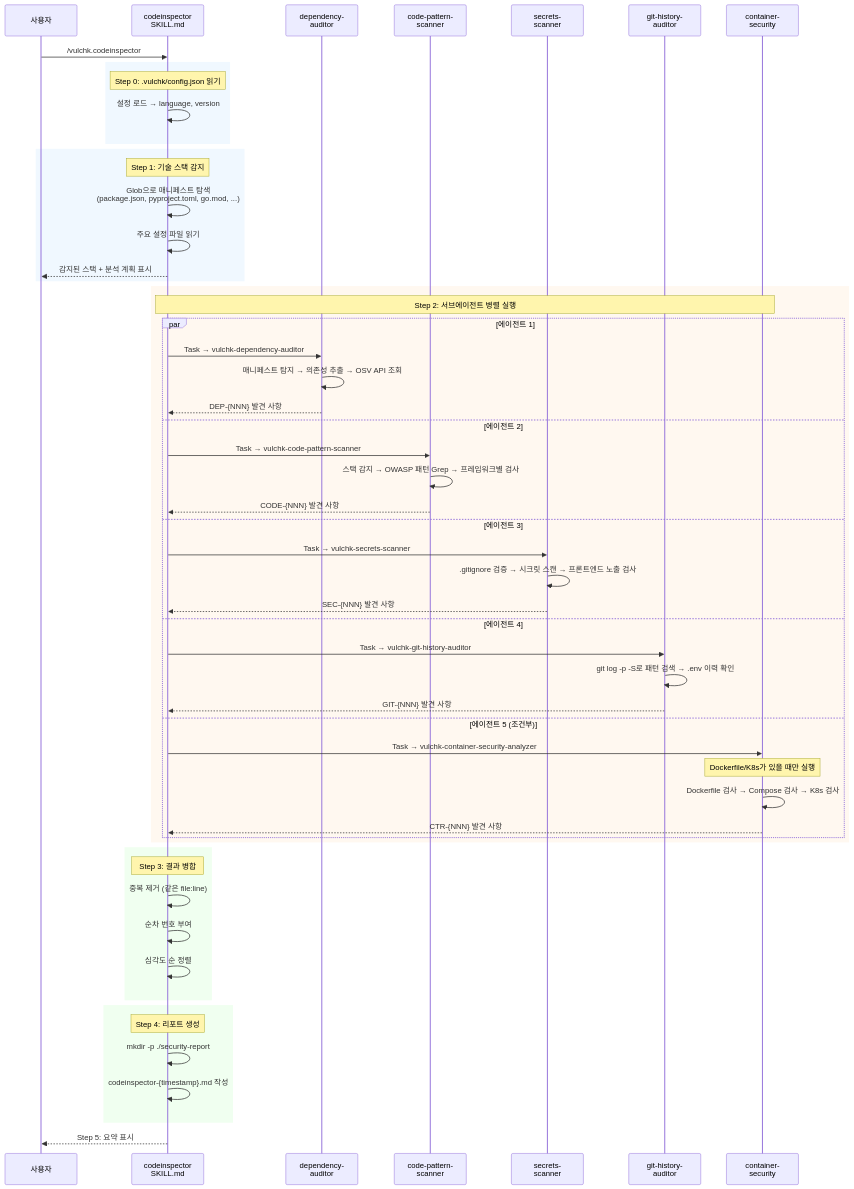
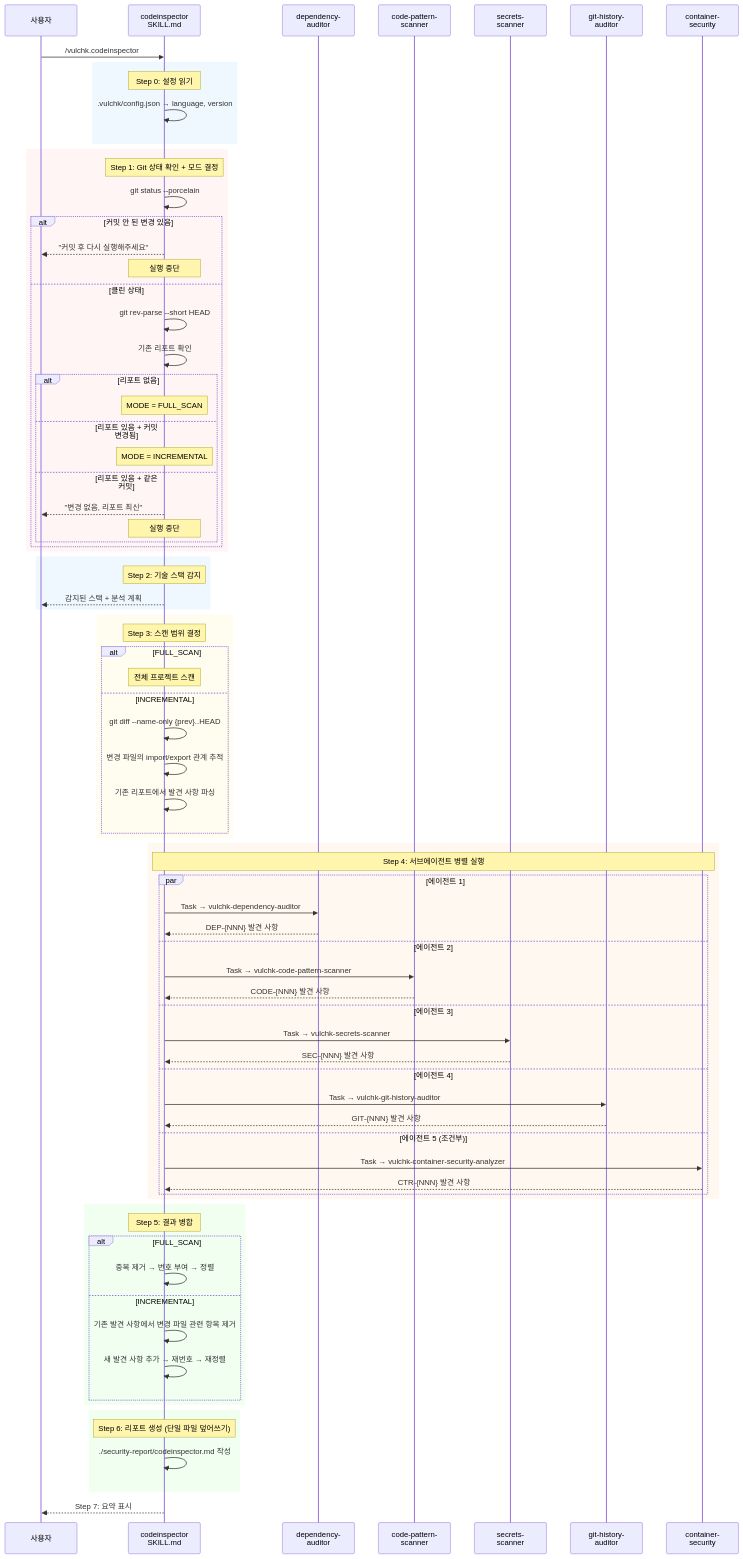
One commit to letsur-dev/vulcheck changed the first of 8 diagrams in design/codeinspector.md. Above: the diagram before and after it, drawn with Mermaid. The commit also changed other lines of this file and 3 other files, not shown here.

First line of the commit message:
feat: codeinspector 증분 분석 및 단일 파일 리포트 전환

````diff
--- a/design/codeinspector.md
+++ b/design/codeinspector.md
@@ -21,55 +29,80 @@
     사용자->>Skill: /vulchk.codeinspector
 
     rect rgb(240, 248, 255)
-        Note over Skill: Step 0: .vulchk/config.json 읽기
-        Skill->>Skill: 설정 로드 → language, version
+        Note over Skill: Step 0: 설정 읽기
+        Skill->>Skill: .vulchk/config.json → language, version
+    end
+
+    rect rgb(255, 245, 245)
+        Note over Skill: Step 1: Git 상태 확인 + 모드 결정
+        Skill->>Skill: git status --porcelain
+        alt 커밋 안 된 변경 있음
+            Skill-->>사용자: "커밋 후 다시 실행해주세요"
+            Note over Skill: 실행 중단
+        else 클린 상태
+            Skill->>Skill: git rev-parse --short HEAD
+            Skill->>Skill: 기존 리포트 확인
+            alt 리포트 없음
+                Note over Skill: MODE = FULL_SCAN
+            else 리포트 있음 + 커밋 변경됨
+                Note over Skill: MODE = INCREMENTAL
+            else 리포트 있음 + 같은 커밋
+                Skill-->>사용자: "변경 없음, 리포트 최신"
+                Note over Skill: 실행 중단
+            end
+        end
     end
 
     rect rgb(240, 248, 255)
-        Note over Skill: Step 1: 기술 스택 감지
-        Skill->>Skill: Glob으로 매니페스트 탐색<br>(package.json, pyproject.toml, go.mod, ...)
-        Skill->>Skill: 주요 설정 파일 읽기
-        Skill-->>사용자: 감지된 스택 + 분석 계획 표시
+        Note over Skill: Step 2: 기술 스택 감지
+        Skill-->>사용자: 감지된 스택 + 분석 계획
+    end
+
+    rect rgb(255, 252, 240)
+        Note over Skill: Step 3: 스캔 범위 결정
+        alt FULL_SCAN
+            Note over Skill: 전체 프로젝트 스캔
+        else INCREMENTAL
+            Skill->>Skill: git diff --name-only {prev}..HEAD
+            Skill->>Skill: 변경 파일의 import/export 관계 추적
+            Skill->>Skill: 기존 리포트에서 발견 사항 파싱
+        end
     end
 
     rect rgb(255, 248, 240)
-        Note over Skill,A5: Step 2: 서브에이전트 병렬 실행
+        Note over Skill,A5: Step 4: 서브에이전트 병렬 실행
         par 에이전트 1
             Skill->>A1: Task → vulchk-dependency-auditor
-            A1->>A1: 매니페스트 탐지 → 의존성 추출 → OSV API 조회
             A1-->>Skill: DEP-{NNN} 발견 사항
         and 에이전트 2
             Skill->>A2: Task → vulchk-code-pattern-scanner
-            A2->>A2: 스택 감지 → OWASP 패턴 Grep → 프레임워크별 검사
             A2-->>Skill: CODE-{NNN} 발견 사항
         and 에이전트 3
             Skill->>A3: Task → vulchk-secrets-scanner
-            A3->>A3: .gitignore 검증 → 시크릿 스캔 → 프론트엔드 노출 검사
             A3-->>Skill: SEC-{NNN} 발견 사항
         and 에이전트 4
             Skill->>A4: Task → vulchk-git-history-auditor
-            A4->>A4: git log -p -S로 패턴 검색 → .env 이력 확인
             A4-->>Skill: GIT-{NNN} 발견 사항
         and 에이전트 5 (조건부)
             Skill->>A5: Task → vulchk-container-security-analyzer
-            Note over A5: Dockerfile/K8s가 있을 때만 실행
-            A5->>A5: Dockerfile 검사 → Compose 검사 → K8s 검사
             A5-->>Skill: CTR-{NNN} 발견 사항
         end
     end
 
     rect rgb(240, 255, 240)
-        Note over Skill: Step 3: 결과 병합
-        Skill->>Skill: 중복 제거 (같은 file:line)
-        Skill->>Skill: 순차 번호 부여
-        Skill->>Skill: 심각도 순 정렬
+        Note over Skill: Step 5: 결과 병합
+        alt FULL_SCAN
+            Skill->>Skill: 중복 제거 → 번호 부여 → 정렬
+        else INCREMENTAL
+            Skill->>Skill: 기존 발견 사항에서 변경 파일 관련 항목 제거
+            Skill->>Skill: 새 발견 사항 추가 → 재번호 → 재정렬
+        end
     end
 
     rect rgb(240, 255, 240)
-        Note over Skill: Step 4: 리포트 생성
-        Skill->>Skill: mkdir -p ./security-report
-        Skill->>Skill: codeinspector-{timestamp}.md 작성
+        Note over Skill: Step 6: 리포트 생성 (단일 파일 덮어쓰기)
+        Skill->>Skill: ./security-report/codeinspector.md 작성
     end
 
-    Skill-->>사용자: Step 5: 요약 표시
+    Skill-->>사용자: Step 7: 요약 표시
 ```
````
